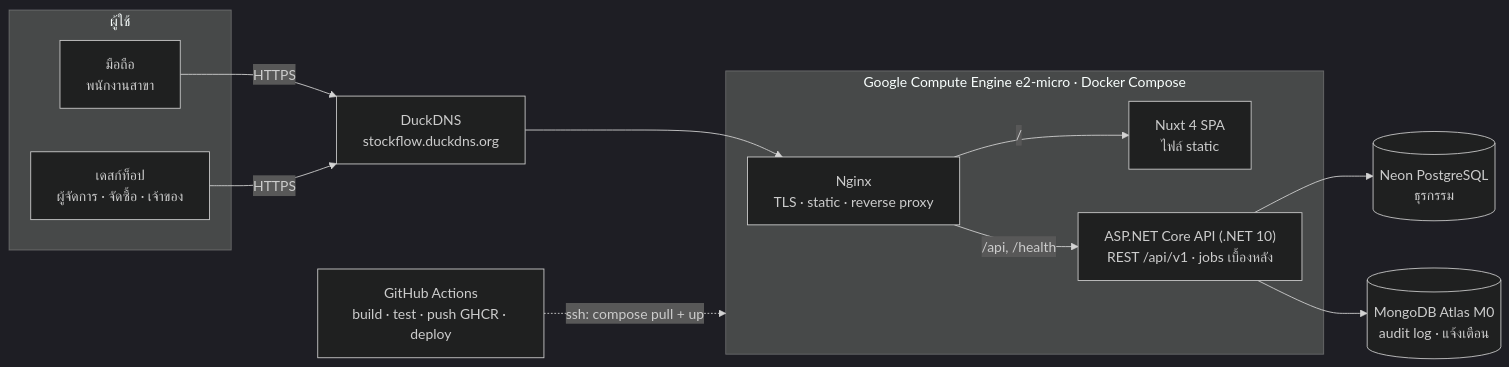
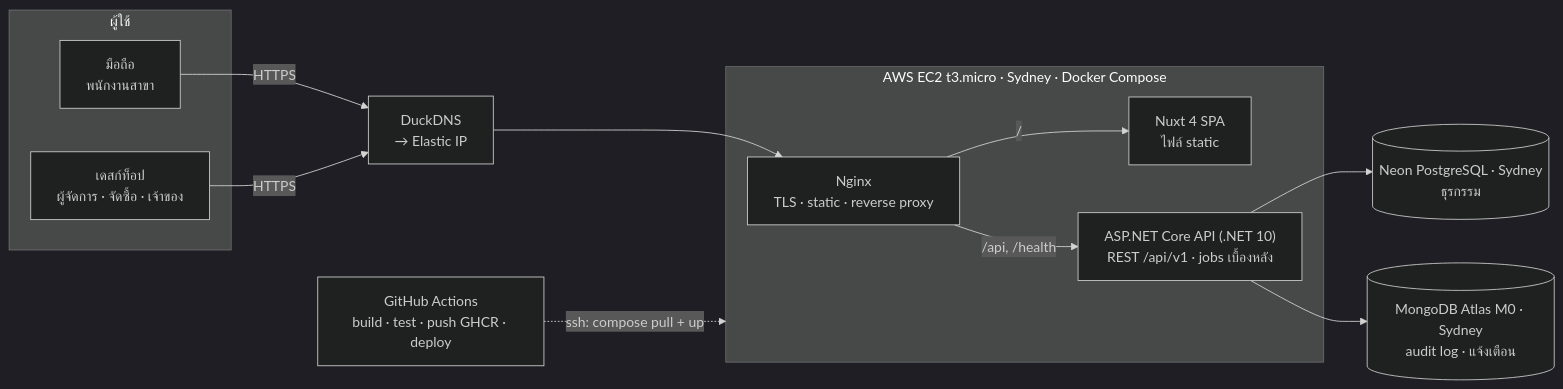
Before and after one commit to ThedBoyZ/StockScribe: the diagram in docs/sa/architecture.md, drawn with Mermaid (dark theme). The commit also changed other lines of this file and 14 other files, not shown here.

````diff
--- a/docs/sa/architecture.md
+++ b/docs/sa/architecture.md
@@ -5,25 +5,25 @@
 ```mermaid
 flowchart LR
   subgraph Users["ผู้ใช้"]
     M["มือถือ<br/>พนักงานสาขา"]
     D["เดสก์ท็อป<br/>ผู้จัดการ · จัดซื้อ · เจ้าของ"]
   end
 
-  subgraph VM["Google Compute Engine e2-micro · Docker Compose"]
+  subgraph VM["AWS EC2 t3.micro · Sydney · Docker Compose"]
     N["Nginx<br/>TLS · static · reverse proxy"]
     W["Nuxt 4 SPA<br/>ไฟล์ static"]
     A["ASP.NET Core API (.NET 10)<br/>REST /api/v1 · jobs เบื้องหลัง"]
   end
 
-  PG[("Neon PostgreSQL<br/>ธุรกรรม")]
-  MG[("MongoDB Atlas M0<br/>audit log · แจ้งเตือน")]
-  DNS["DuckDNS<br/>stockflow.duckdns.org"]
+  PG[("Neon PostgreSQL · Sydney<br/>ธุรกรรม")]
+  MG[("MongoDB Atlas M0 · Sydney<br/>audit log · แจ้งเตือน")]
+  DNS["DuckDNS<br/>→ Elastic IP"]
   GH["GitHub Actions<br/>build · test · push GHCR · deploy"]
 
   M & D -->|HTTPS| DNS --> N
   N -->|/| W
   N -->|/api, /health| A
   A --> PG
   A --> MG
   GH -.->|ssh: compose pull + up| VM
 ```
````
